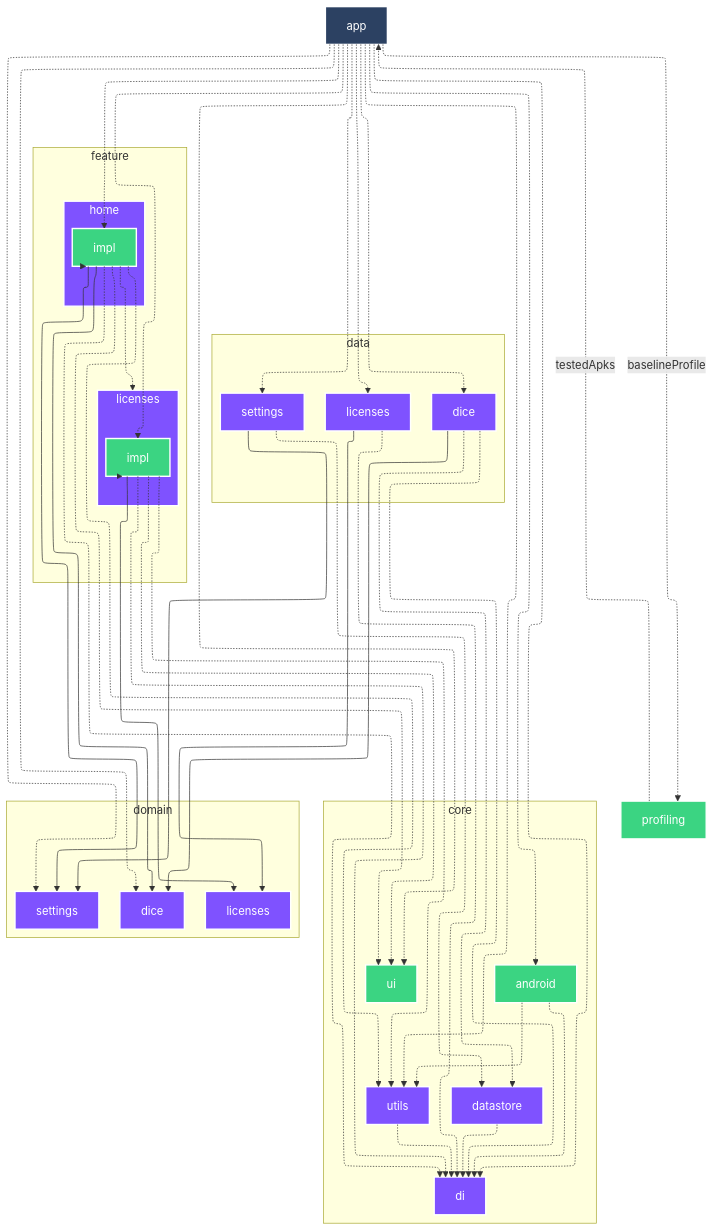
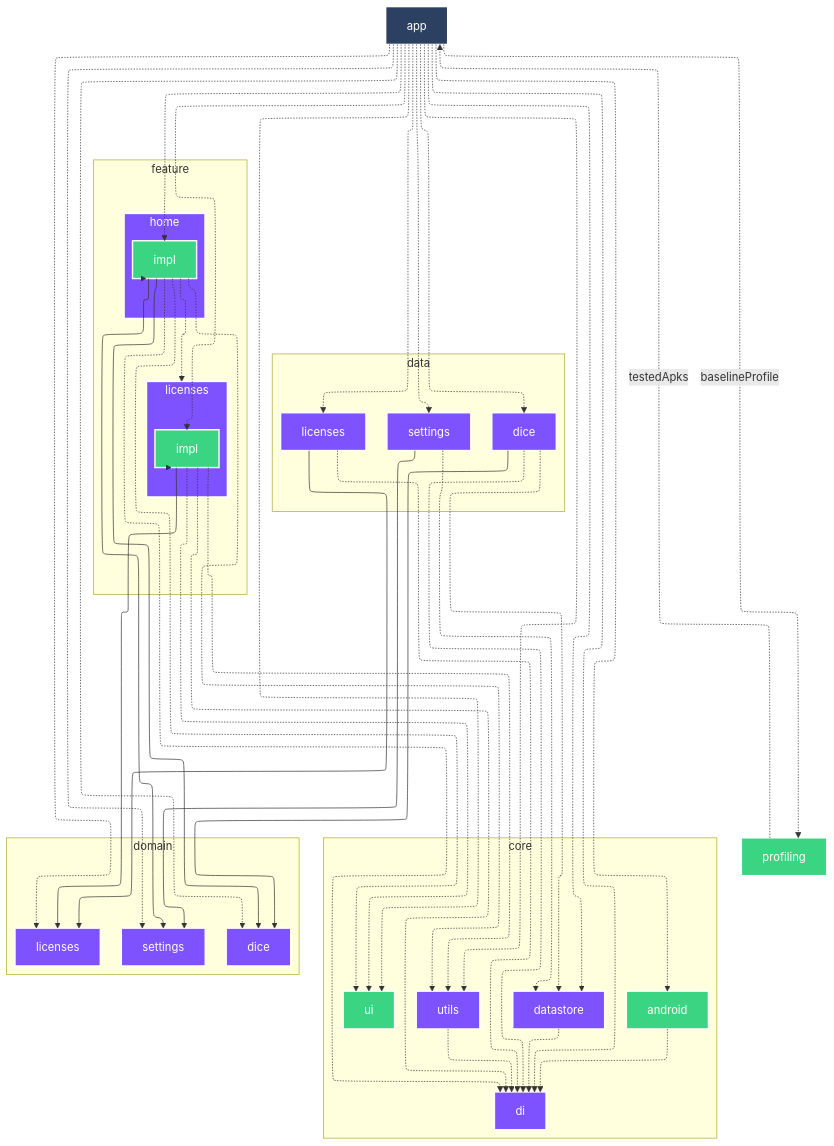
The diagram in README.md (SimonMarquis/Android-Playground), drawn with Mermaid before and after one commit. The commit also changed other lines of this file and 2 other files, not shown here.

Commit message:
⚙️ Re-run `graphUpdate`

```diff
--- a/README.md
+++ b/README.md
@@ -166,6 +166,7 @@
   :app[app]:::android-application
 
   :app -.-> :core:android
+  :app -.-> :core:datastore
   :app -.-> :core:di
   :app -.-> :core:ui
   :app -.-> :core:utils
@@ -173,12 +174,12 @@
   :app -.-> :data:licenses
   :app -.-> :data:settings
   :app -.-> :domain:dice
+  :app -.-> :domain:licenses
   :app -.-> :domain:settings
   :app -.-> :feature:home:impl
   :app -.-> :feature:licenses:impl
   :app -.->|baselineProfile| :profiling
   :core:android -.-> :core:di
-  :core:android -.-> :core:utils
   :core:datastore -.-> :core:di
   :core:utils -.-> :core:di
   :data:dice -.-> :core:datastore
```
